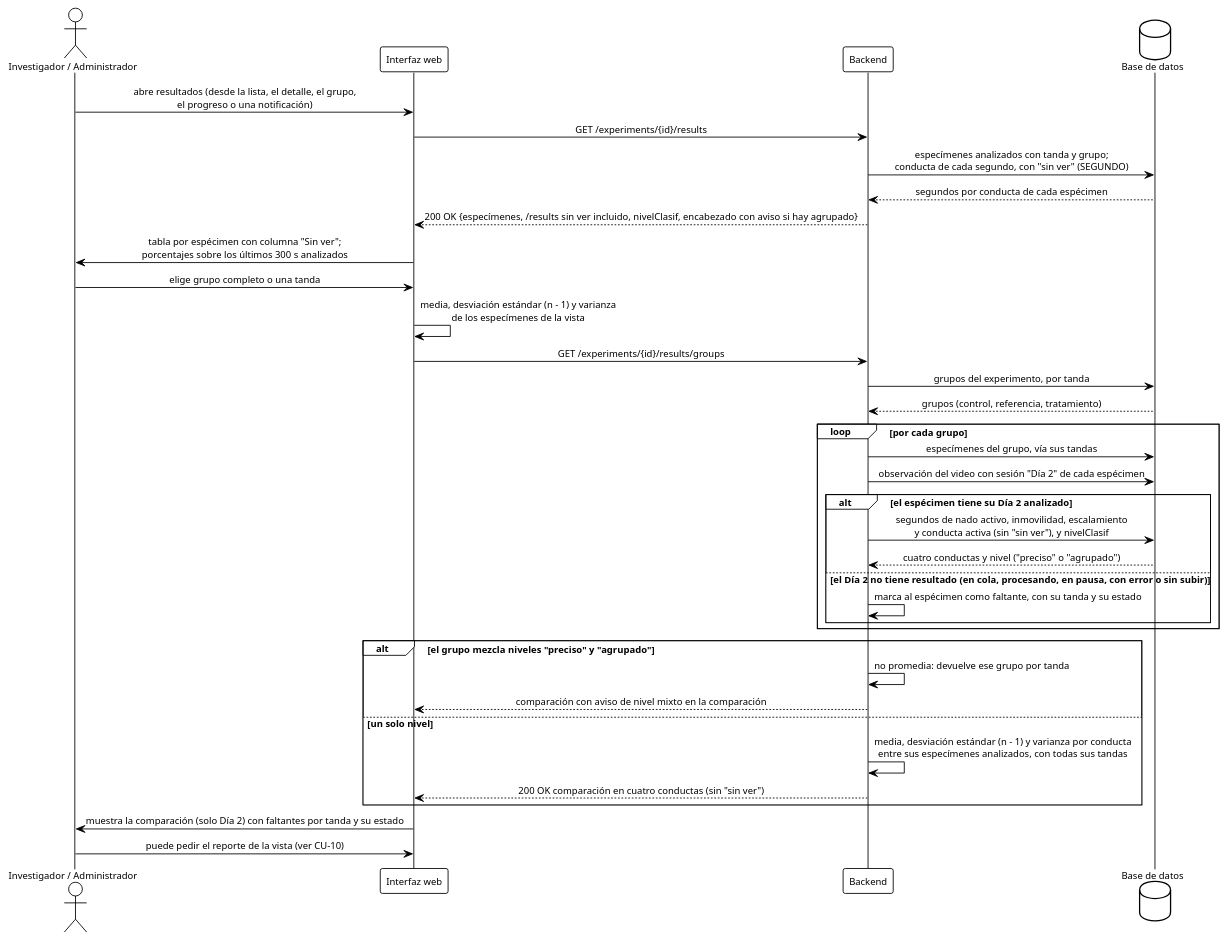
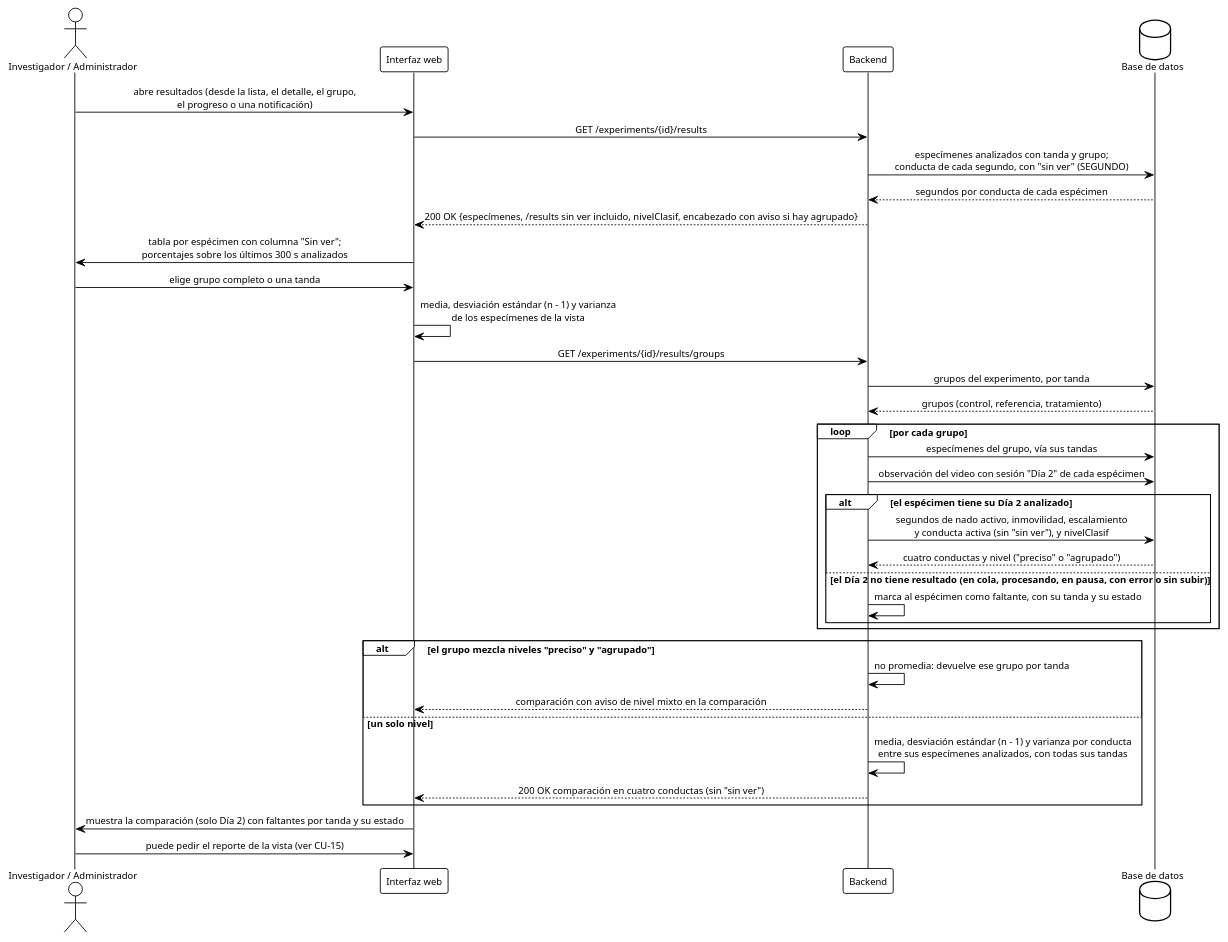
One commit to ErickJester/fst-ai-system-latex changed diagram 36 of 39 in INSTRUCCIONES-WEB.md. Above: the diagram before and after it, drawn with PlantUML. The commit also changed other lines of this file and 433 other files, not shown here.

````diff
--- a/INSTRUCCIONES-WEB.md
+++ b/INSTRUCCIONES-WEB.md
@@ -3281,48 +3281,48 @@
 ```plantuml
 @startuml seq_consulta_resultados
 !theme plain
 skinparam defaultFontName Arial
 skinparam defaultFontSize 11
 skinparam shadowing false
 skinparam sequenceMessageAlign center
 skinparam BoxPadding 10
 actor "Investigador / Administrador" as inv
 participant "Interfaz web" as ui
 participant Backend as api
 database "Base de datos" as db
 
 inv -> ui: abre resultados (desde la lista, el detalle, el grupo,\nel progreso o una notificación)
 ui -> api: GET /experiments/{id}/results
 api -> db: especímenes analizados con tanda y grupo;\nconducta de cada segundo, con "sin ver" (SEGUNDO)
 db --> api: segundos por conducta de cada espécimen
 api --> ui: 200 OK {especímenes, /results sin ver incluido, nivelClasif, encabezado con aviso si hay agrupado}
 ui -> inv: tabla por espécimen con columna "Sin ver";\nporcentajes sobre los últimos 300 s analizados
 inv -> ui: elige grupo completo o una tanda
 ui -> ui: media, desviación estándar (n - 1) y varianza\nde los especímenes de la vista
 ui -> api: GET /experiments/{id}/results/groups
 api -> db: grupos del experimento, por tanda
 db --> api: grupos (control, referencia, tratamiento)
 
 loop por cada grupo
   api -> db: especímenes del grupo, vía sus tandas
   api -> db: observación del video con sesión "Día 2" de cada espécimen
   alt el espécimen tiene su Día 2 analizado
     api -> db: segundos de nado activo, inmovilidad, escalamiento\ny conducta activa (sin "sin ver"), y nivelClasif
     db --> api: cuatro conductas y nivel ("preciso" o "agrupado")
   else el Día 2 no tiene resultado (en cola, procesando, en pausa, con error o sin subir)
     api -> api: marca al espécimen como faltante, con su tanda y su estado
   end
 end
 
 alt el grupo mezcla niveles "preciso" y "agrupado"
   api -> api: no promedia: devuelve ese grupo por tanda
   api --> ui: comparación con aviso de nivel mixto en la comparación
 else un solo nivel
   api -> api: media, desviación estándar (n - 1) y varianza por conducta\nentre sus especímenes analizados, con todas sus tandas
   api --> ui: 200 OK comparación en cuatro conductas (sin "sin ver")
 end
 
 ui -> inv: muestra la comparación (solo Día 2) con faltantes por tanda y su estado
-inv -> ui: puede pedir el reporte de la vista (ver CU-10)
+inv -> ui: puede pedir el reporte de la vista (ver CU-15)
 @enduml
 ```
````
